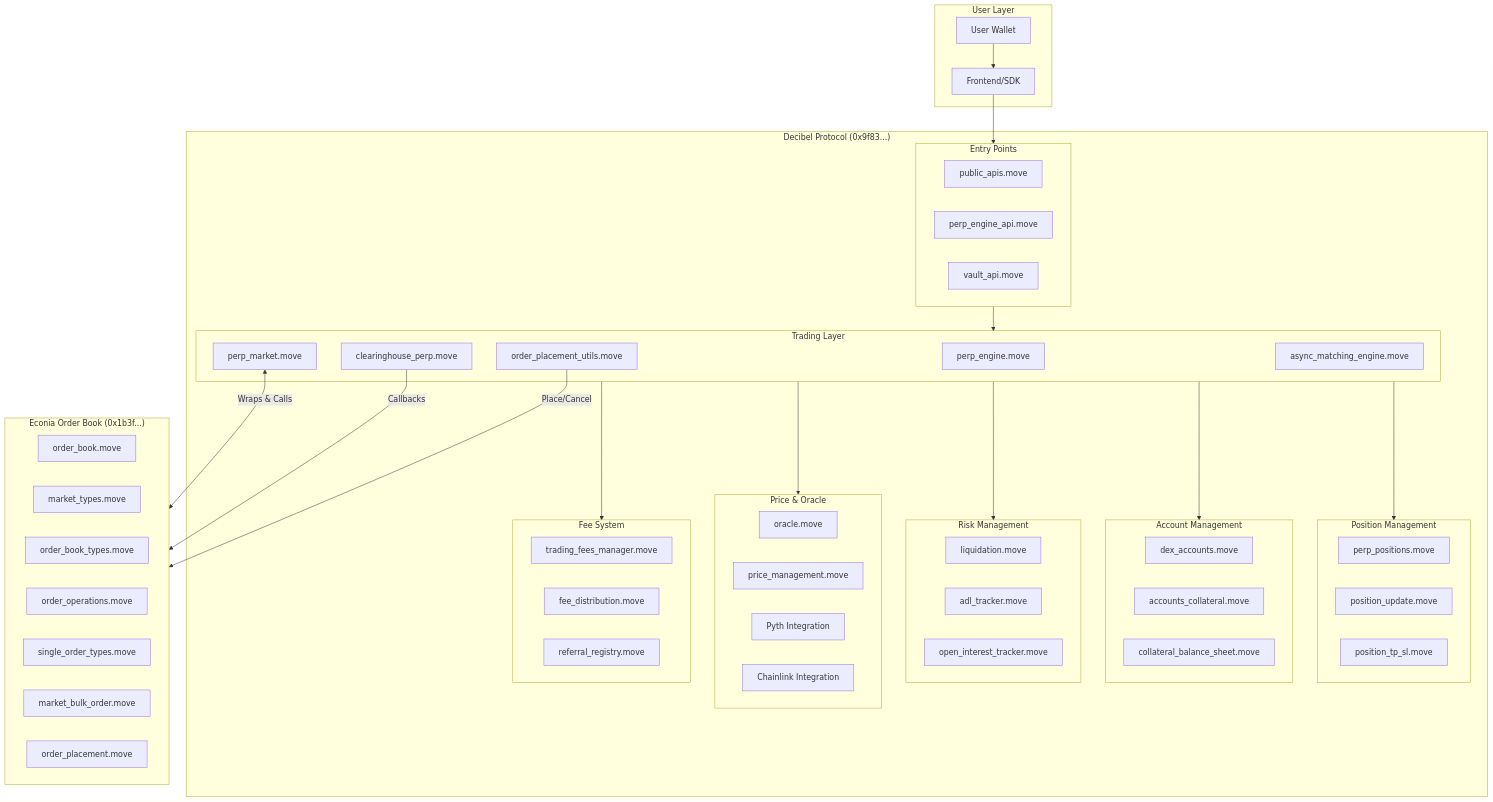
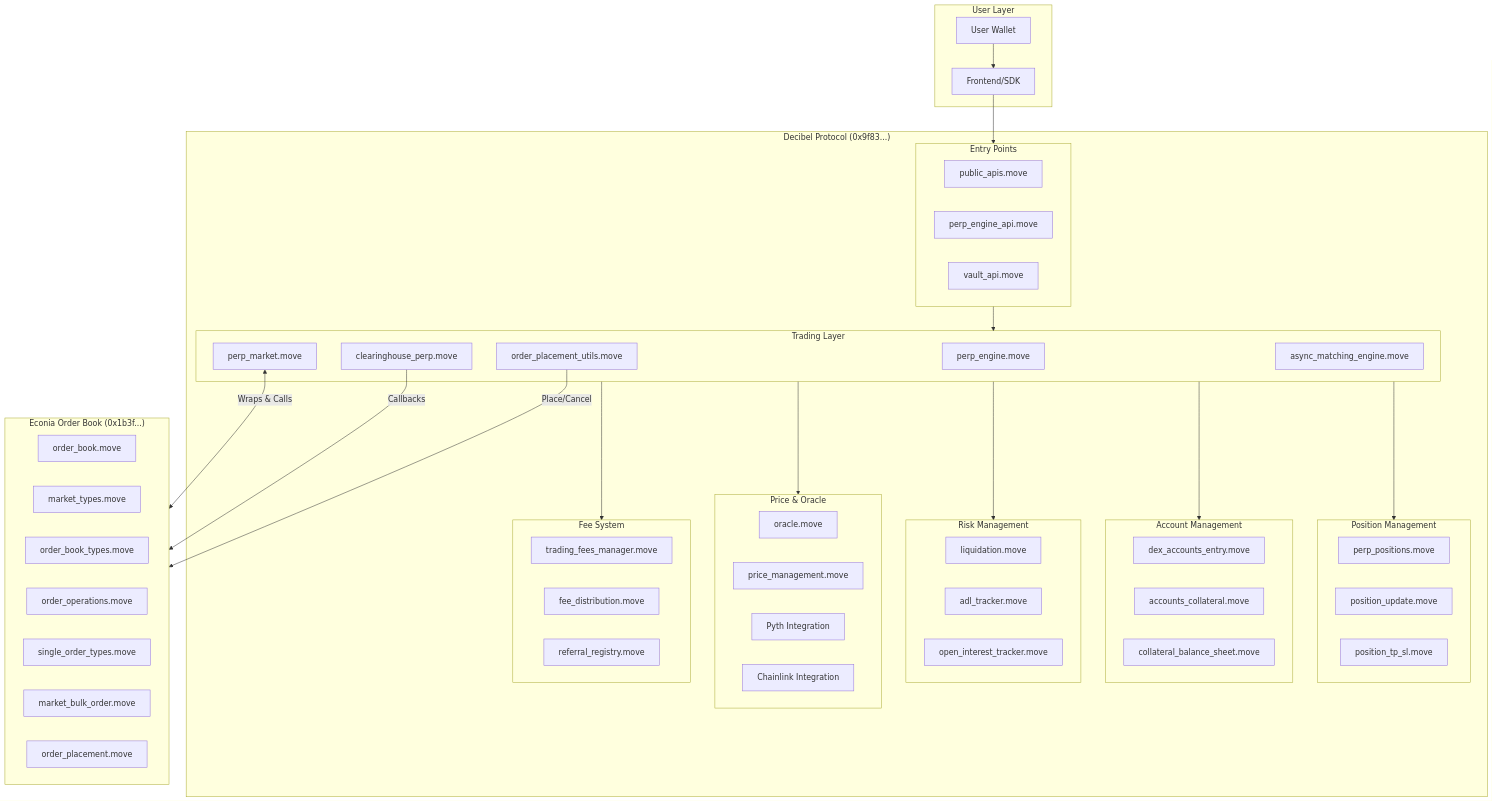
One commit to SeamMoney/cash.trading changed the first of 7 diagrams in decompiled_contracts/annotated_source/ARCHITECTURE.md. Above: the diagram before and after it, drawn with Mermaid. The commit also changed other lines of this file and 97 other files, not shown here.

````diff
--- a/decompiled_contracts/annotated_source/ARCHITECTURE.md
+++ b/decompiled_contracts/annotated_source/ARCHITECTURE.md
@@ -16,77 +26,77 @@
 ```mermaid
 flowchart TB
     subgraph User["User Layer"]
         Wallet[User Wallet]
         Frontend[Frontend/SDK]
     end
 
     subgraph Decibel["Decibel Protocol (0x9f83...)"]
         subgraph EntryPoints["Entry Points"]
             PublicAPI[public_apis.move]
             PerpEngineAPI[perp_engine_api.move]
             VaultAPI[vault_api.move]
         end
 
         subgraph Trading["Trading Layer"]
             PerpEngine[perp_engine.move]
             PerpMarket[perp_market.move]
             Clearinghouse[clearinghouse_perp.move]
             OrderPlacement[order_placement_utils.move]
             AsyncMatching[async_matching_engine.move]
         end
 
         subgraph Positions["Position Management"]
             PerpPositions[perp_positions.move]
             PositionUpdate[position_update.move]
             TPSL[position_tp_sl.move]
         end
 
         subgraph Accounts["Account Management"]
-            DexAccounts[dex_accounts.move]
+            DexAccounts[dex_accounts_entry.move]
             Collateral[accounts_collateral.move]
             BalanceSheet[collateral_balance_sheet.move]
         end
 
         subgraph Risk["Risk Management"]
             Liquidation[liquidation.move]
             ADL[adl_tracker.move]
             OITracker[open_interest_tracker.move]
         end
 
         subgraph Pricing["Price & Oracle"]
             Oracle[oracle.move]
             PriceManagement[price_management.move]
             Pyth[Pyth Integration]
             Chainlink[Chainlink Integration]
         end
 
         subgraph Fees["Fee System"]
             FeeManager[trading_fees_manager.move]
             FeeDistribution[fee_distribution.move]
             Referrals[referral_registry.move]
         end
     end
 
     subgraph Econia["Econia Order Book (0x1b3f...)"]
         OrderBook[order_book.move]
         MarketTypes[market_types.move]
         OrderBookTypes[order_book_types.move]
         OrderOps[order_operations.move]
         SingleOrder[single_order_types.move]
         BulkOrder[market_bulk_order.move]
         OrderPlacementEconia[order_placement.move]
     end
 
     Wallet --> Frontend
     Frontend --> EntryPoints
     EntryPoints --> Trading
     Trading --> Positions
     Trading --> Accounts
     Trading --> Risk
     Trading --> Pricing
     Trading --> Fees
 
     PerpMarket <-->|"Wraps & Calls"| Econia
     Clearinghouse -->|"Callbacks"| Econia
     OrderPlacement -->|"Place/Cancel"| Econia
 ```
````
